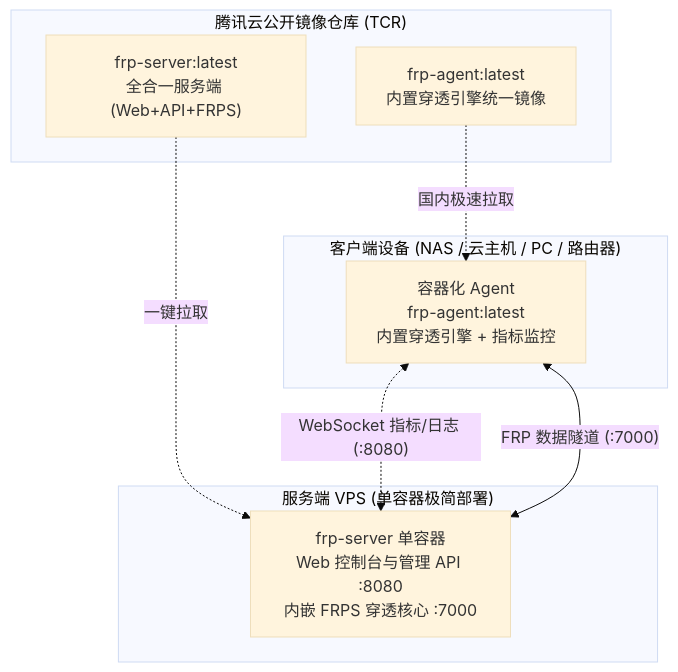
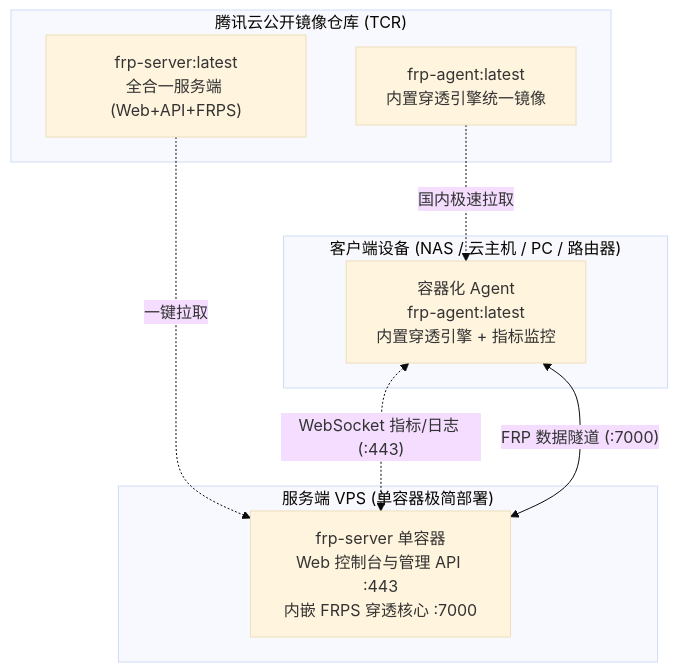
One commit to newbietan/FRP-ALL-IN-ONE changed the diagram in README.md. Above: the diagram before and after it, drawn with Mermaid (base theme). The commit also changed other lines of this file and 41 other files, not shown here.

````diff
--- a/README.md
+++ b/README.md
@@ -73,21 +73,21 @@
 ```mermaid
 flowchart TB
     subgraph TCR["腾讯云公开镜像仓库 (TCR)"]
         SERVER_IMG["frp-server:latest<br/>全合一服务端 (Web+API+FRPS)"]
         AGENT_IMG["frp-agent:latest<br/>内置穿透引擎统一镜像"]
     end
 
     subgraph Server["服务端 VPS (单容器极简部署)"]
-        SingleServer["frp-server 单容器<br/>Web 控制台与管理 API :8080<br/>内嵌 FRPS 穿透核心 :7000"]
+        SingleServer["frp-server 单容器<br/>Web 控制台与管理 API :443<br/>内嵌 FRPS 穿透核心 :7000"]
     end
 
     subgraph Clients["客户端设备 (NAS / 云主机 / PC / 路由器)"]
         DockerClient["容器化 Agent<br/>frp-agent:latest<br/>内置穿透引擎 + 指标监控"]
     end
 
     SERVER_IMG -.->|"一键拉取"| SingleServer
     AGENT_IMG -.->|"国内极速拉取"| DockerClient
 
-    DockerClient <-.->|"WebSocket 指标/日志 (:8080)"| SingleServer
+    DockerClient <-.->|"WebSocket 指标/日志 (:443)"| SingleServer
     DockerClient <-->|"FRP 数据隧道 (:7000)"| SingleServer
 ```
````
